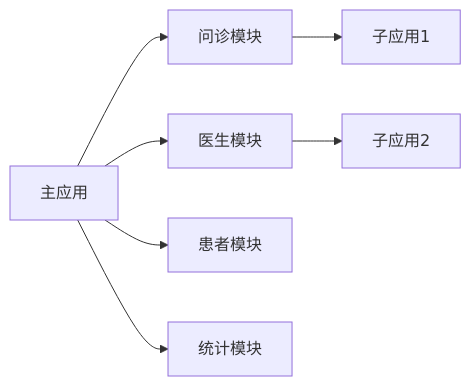
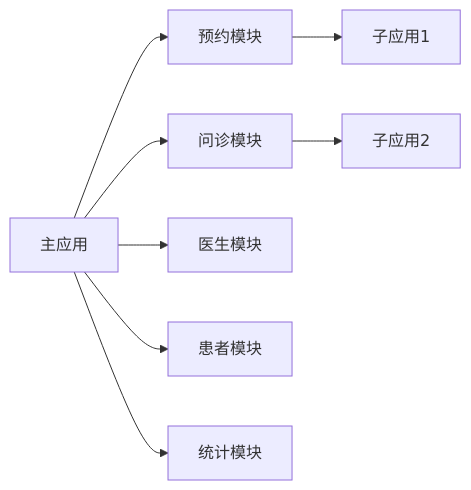
One commit to vibecodingshow/qa-live-healthcare changed the tenth of 12 diagrams in .asdm/contexts/architecture.md. Above: the diagram before and after it, drawn with Mermaid. The commit also changed other lines of this file and 6 other files, not shown here.

````diff
--- a/.asdm/contexts/architecture.md
+++ b/.asdm/contexts/architecture.md
@@ -194,10 +313,11 @@
 ```mermaid
 graph LR
-    A[主应用] --> B[问诊模块]
-    A --> C[医生模块]
-    A --> D[患者模块]
-    A --> E[统计模块]
+    A[主应用] --> B[预约模块]
+    A --> C[问诊模块]
+    A --> D[医生模块]
+    A --> E[患者模块]
+    A --> F[统计模块]
     
-    B --> F[子应用1]
-    C --> G[子应用2]
+    B --> G[子应用1]
+    C --> H[子应用2]
 ```
````
